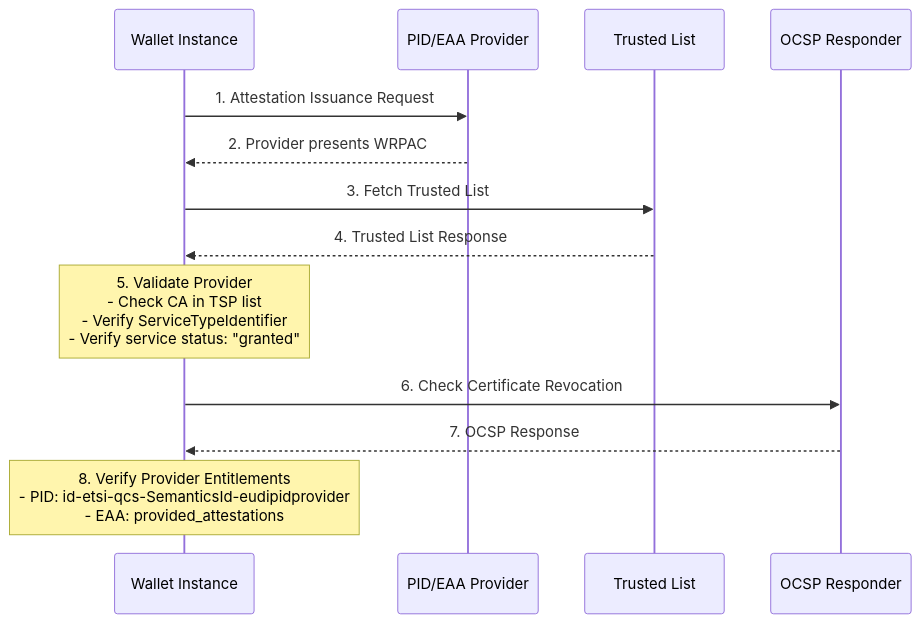
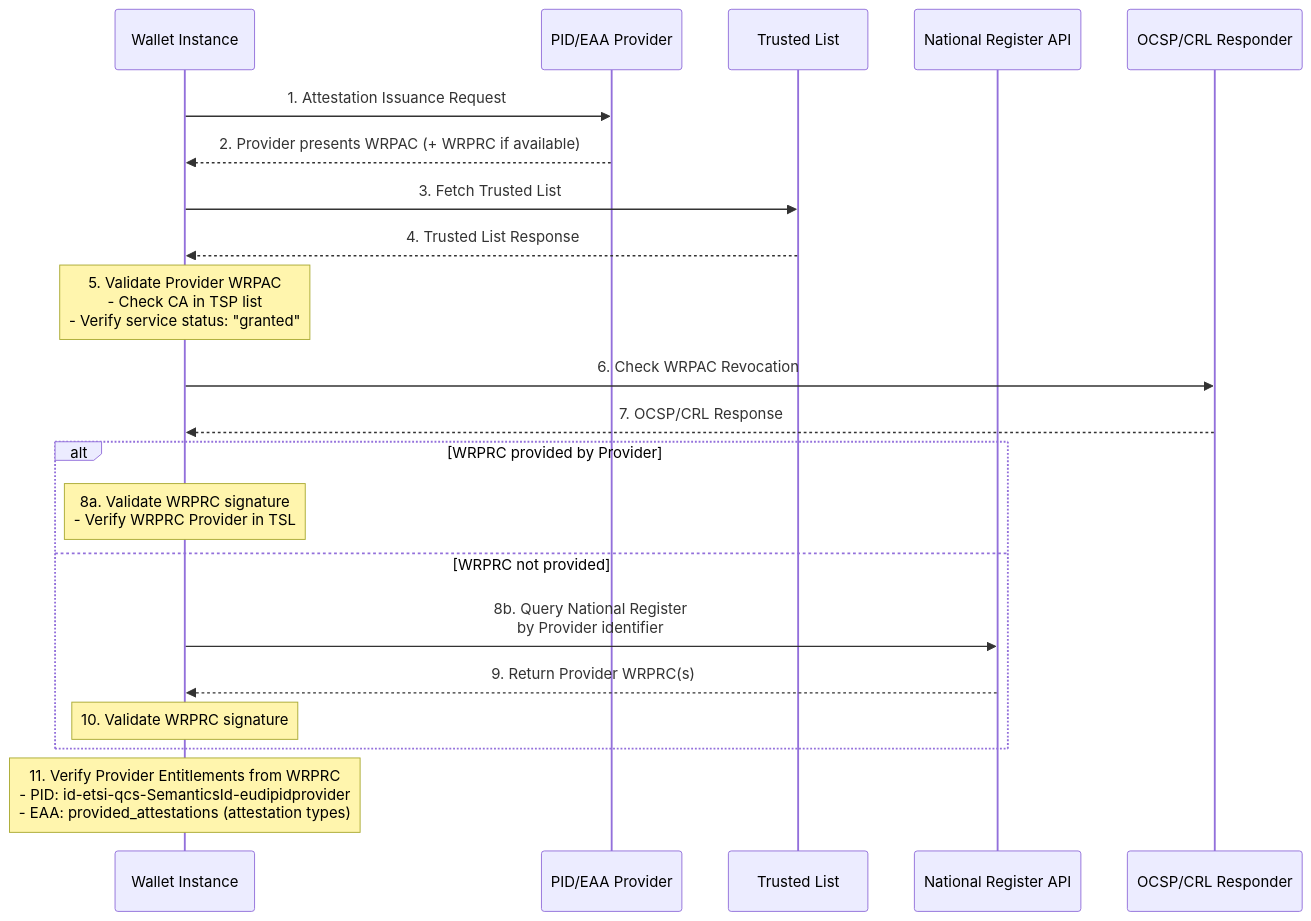
Before and after one commit to webuild-consortium/wp4-trust-group: the third of 7 diagrams in task2-trust-framework/wallet-policy-discovery.md, drawn with Mermaid. The commit also changed other lines of this file, not shown here.

Commit message:
fix: policy discovery when WRPRC is missing

````diff
--- a/task2-trust-framework/wallet-policy-discovery.md
+++ b/task2-trust-framework/wallet-policy-discovery.md
@@ -117,16 +117,26 @@
 ```mermaid
 sequenceDiagram
     participant W as Wallet Instance
     participant P as PID/EAA Provider
     participant TL as Trusted List
-    participant OCSP as OCSP Responder
+    participant NR as National Register API
+    participant OCSP as OCSP/CRL Responder
 
     W->>P: 1. Attestation Issuance Request
-    P-->>W: 2. Provider presents WRPAC
+    P-->>W: 2. Provider presents WRPAC (+ WRPRC if available)
     W->>TL: 3. Fetch Trusted List
     TL-->>W: 4. Trusted List Response
-    Note over W: 5. Validate Provider<br/>- Check CA in TSP list<br/>- Verify ServiceTypeIdentifier<br/>- Verify service status: "granted"
-    W->>OCSP: 6. Check Certificate Revocation
-    OCSP-->>W: 7. OCSP Response
-    Note over W: 8. Verify Provider Entitlements<br/>- PID: id-etsi-qcs-SemanticsId-eudipidprovider<br/>- EAA: provided_attestations
+    Note over W: 5. Validate Provider WRPAC<br/>- Check CA in TSP list<br/>- Verify service status: "granted"
+    W->>OCSP: 6. Check WRPAC Revocation
+    OCSP-->>W: 7. OCSP/CRL Response
+    
+    alt WRPRC provided by Provider
+        Note over W: 8a. Validate WRPRC signature<br/>- Verify WRPRC Provider in TSL
+    else WRPRC not provided
+        W->>NR: 8b. Query National Register<br/>by Provider identifier
+        NR-->>W: 9. Return Provider WRPRC(s)
+        Note over W: 10. Validate WRPRC signature
+    end
+    
+    Note over W: 11. Verify Provider Entitlements from WRPRC<br/>- PID: id-etsi-qcs-SemanticsId-eudipidprovider<br/>- EAA: provided_attestations (attestation types)
 ```
````
